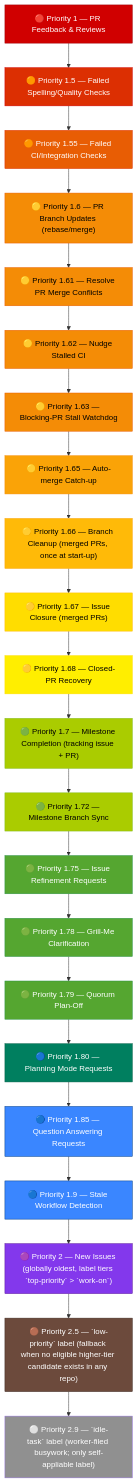
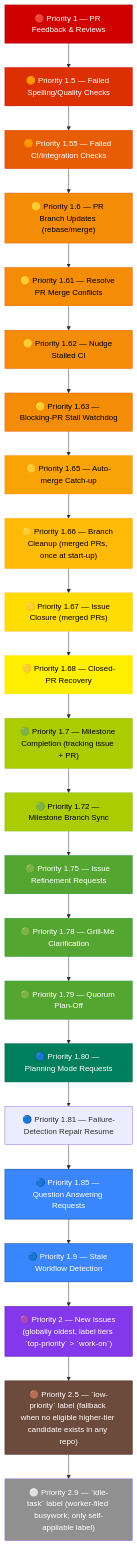
Before and after one commit to stSoftwareAU/VibeCoder: the third of 3 diagrams in docs/USAGE.md, drawn with Mermaid. The commit also changed 9 other files, not shown here.

First line of the commit message:
Add a Failure-Detection repair resume pass (Issue #60)

````diff
--- a/docs/USAGE.md
+++ b/docs/USAGE.md
@@ -689,50 +689,51 @@
 ```mermaid
 flowchart TD
     P1["🔴 Priority 1 — PR Feedback & Reviews"]
     P15["🟠 Priority 1.5 — Failed Spelling/Quality Checks"]
     P155["🟠 Priority 1.55 — Failed CI/Integration Checks"]
     P16["🟡 Priority 1.6 — PR Branch Updates (rebase/merge)"]
     P161["🟡 Priority 1.61 — Resolve PR Merge Conflicts"]
     P162["🟡 Priority 1.62 — Nudge Stalled CI"]
     P163["🟡 Priority 1.63 — Blocking-PR Stall Watchdog"]
     P165["🟡 Priority 1.65 — Auto-merge Catch-up"]
     P166["🟡 Priority 1.66 — Branch Cleanup (merged PRs, once at start-up)"]
     P167["🟡 Priority 1.67 — Issue Closure (merged PRs)"]
     P168["🟡 Priority 1.68 — Closed-PR Recovery"]
     P17["🟢 Priority 1.7 — Milestone Completion (tracking issue + PR)"]
     P172["🟢 Priority 1.72 — Milestone Branch Sync"]
     P175["🟢 Priority 1.75 — Issue Refinement Requests"]
     P178["🟢 Priority 1.78 — Grill-Me Clarification"]
     P179["🟢 Priority 1.79 — Quorum Plan-Off"]
     P18["🔵 Priority 1.80 — Planning Mode Requests"]
+    P181["🔵 Priority 1.81 — Failure-Detection Repair Resume"]
     P185["🔵 Priority 1.85 — Question Answering Requests"]
     P19["🔵 Priority 1.9 — Stale Workflow Detection"]
     P2["🟣 Priority 2 — New Issues (globally oldest, label tiers `top-priority` > `work-on`)"]
     P25["🟤 Priority 2.5 — `low-priority` label (fallback when no eligible higher-tier candidate exists in any repo)"]
     P29["⚪ Priority 2.9 — `idle-task` label (worker-filed busywork; only self-appliable label)"]
 
-    P1 --> P15 --> P155 --> P16 --> P161 --> P162 --> P163 --> P165 --> P166 --> P167 --> P168 --> P17 --> P172 --> P175 --> P178 --> P179 --> P18 --> P185 --> P19 --> P2 --> P25 --> P29
+    P1 --> P15 --> P155 --> P16 --> P161 --> P162 --> P163 --> P165 --> P166 --> P167 --> P168 --> P17 --> P172 --> P175 --> P178 --> P179 --> P18 --> P181 --> P185 --> P19 --> P2 --> P25 --> P29
 
     style P1 fill:#d00000,stroke:#9d0208,color:#fff
     style P15 fill:#dc2f02,stroke:#d00000,color:#fff
     style P155 fill:#e85d04,stroke:#dc2f02,color:#fff
     style P16 fill:#f48c06,stroke:#e85d04,color:#000
     style P161 fill:#f48c06,stroke:#e85d04,color:#000
     style P162 fill:#f48c06,stroke:#e85d04,color:#000
     style P163 fill:#f48c06,stroke:#e85d04,color:#000
     style P165 fill:#faa307,stroke:#f48c06,color:#000
     style P166 fill:#ffba08,stroke:#faa307,color:#000
     style P167 fill:#ffdd00,stroke:#ffba08,color:#000
     style P168 fill:#ffee00,stroke:#ffdd00,color:#000
     style P17 fill:#aacc00,stroke:#80b918,color:#000
     style P172 fill:#aacc00,stroke:#80b918,color:#000
     style P175 fill:#55a630,stroke:#2b9348,color:#fff
     style P178 fill:#55a630,stroke:#2b9348,color:#fff
     style P179 fill:#55a630,stroke:#2b9348,color:#fff
     style P19 fill:#3a86ff,stroke:#023e8a,color:#fff
     style P18 fill:#007f5f,stroke:#005f46,color:#fff
     style P185 fill:#3a86ff,stroke:#023e8a,color:#fff
     style P2 fill:#8338ec,stroke:#5a189a,color:#fff
     style P25 fill:#6c4a3c,stroke:#3d2a22,color:#fff
     style P29 fill:#909090,stroke:,color:#fff
 ```
````
